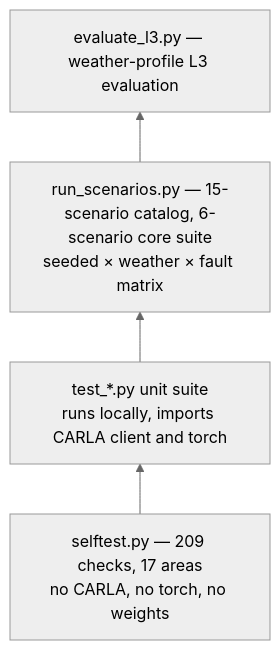
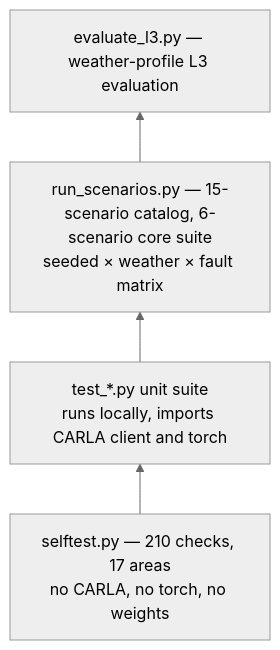
Before and after one commit to nhatduongchess-cloud/carla-adas-active-safety-project: the seventh of 8 diagrams in docs/ARCHITECTURE.md, drawn with Mermaid (neutral theme). The commit also changed other lines of this file and 10 other files, not shown here.

````diff
--- a/docs/ARCHITECTURE.md
+++ b/docs/ARCHITECTURE.md
@@ -723,8 +795,8 @@
 ```mermaid
 flowchart BT
-    A["selftest.py — 209 checks, 17 areas<br/>no CARLA, no torch, no weights"]
+    A["selftest.py — 210 checks, 17 areas<br/>no CARLA, no torch, no weights"]
     B["test_*.py unit suite<br/>runs locally, imports CARLA client and torch"]
     C["run_scenarios.py — 15-scenario catalog, 6-scenario core suite<br/>seeded × weather × fault matrix"]
     D["evaluate_l3.py — weather-profile L3 evaluation"]
     A --> B --> C --> D
 ```
````
